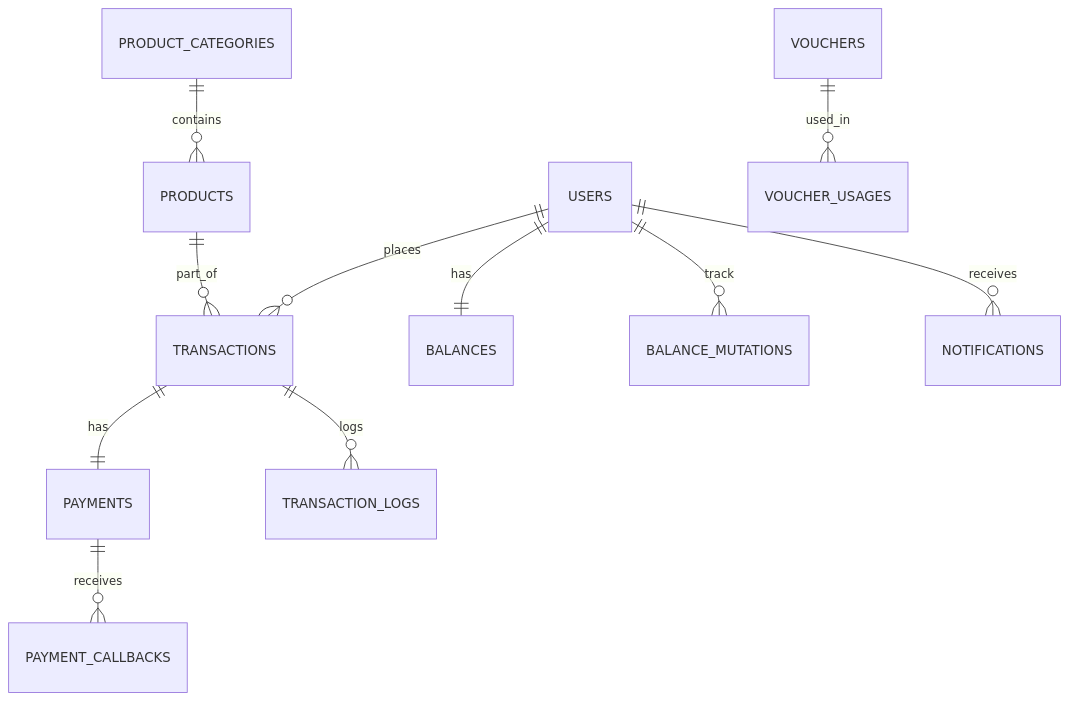
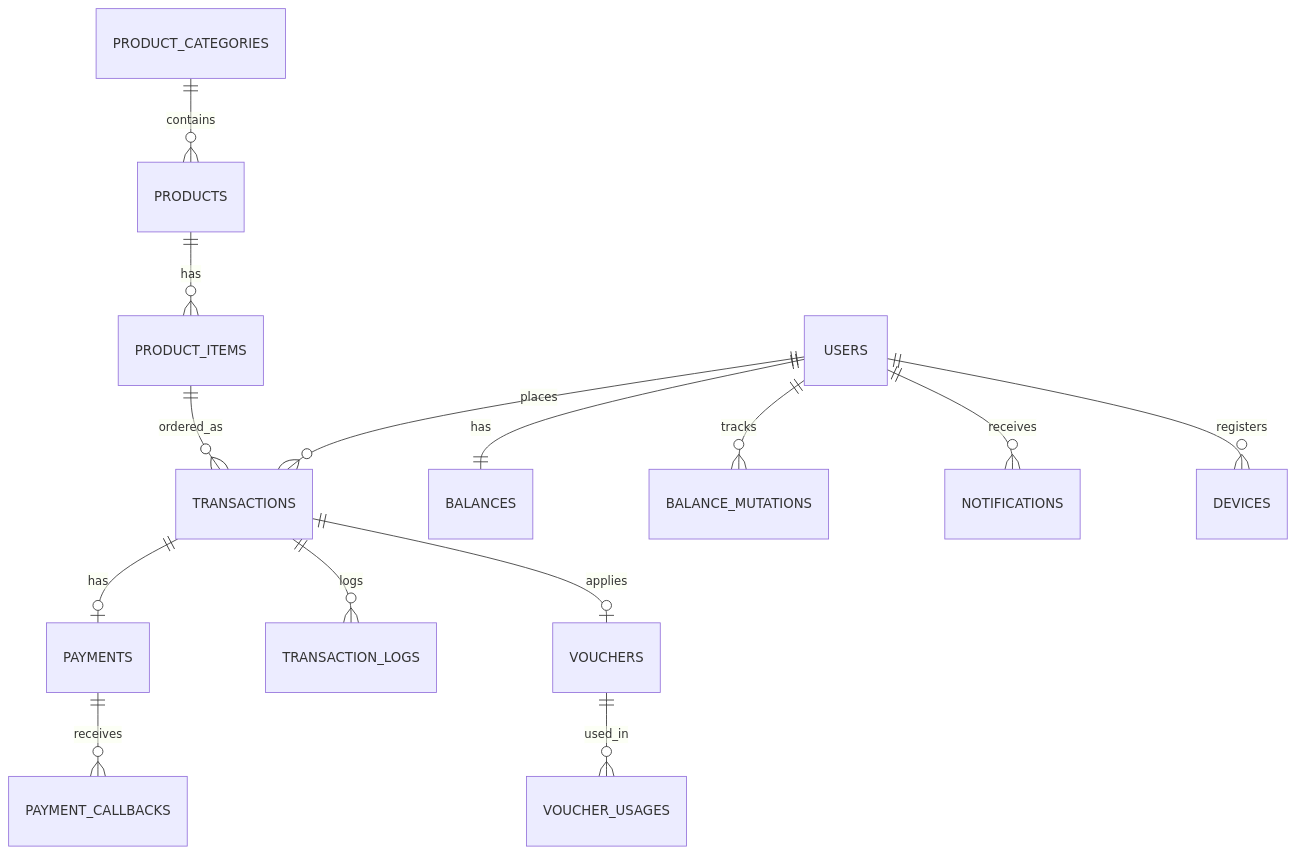
Before and after one commit to its-enpii/enstore: the diagram in docs/architecture.md, drawn with Mermaid. The commit also changed other lines of this file and 6 other files, not shown here.

````diff
--- a/docs/architecture.md
+++ b/docs/architecture.md
@@ -21,13 +30,16 @@
 ```mermaid
 erDiagram
     USERS ||--o{ TRANSACTIONS : places
     USERS ||--|| BALANCES : has
-    USERS ||--o{ BALANCE_MUTATIONS : track
+    USERS ||--o{ BALANCE_MUTATIONS : tracks
     USERS ||--o{ NOTIFICATIONS : receives
     PRODUCT_CATEGORIES ||--o{ PRODUCTS : contains
-    PRODUCTS ||--o{ TRANSACTIONS : part_of
-    TRANSACTIONS ||--|| PAYMENTS : has
+    PRODUCTS ||--o{ PRODUCT_ITEMS : has
+    PRODUCT_ITEMS ||--o{ TRANSACTIONS : ordered_as
+    TRANSACTIONS ||--o| PAYMENTS : has
     TRANSACTIONS ||--o{ TRANSACTION_LOGS : logs
+    TRANSACTIONS ||--o| VOUCHERS : applies
     PAYMENTS ||--o{ PAYMENT_CALLBACKS : receives
     VOUCHERS ||--o{ VOUCHER_USAGES : used_in
+    USERS ||--o{ DEVICES : registers
 ```
````
